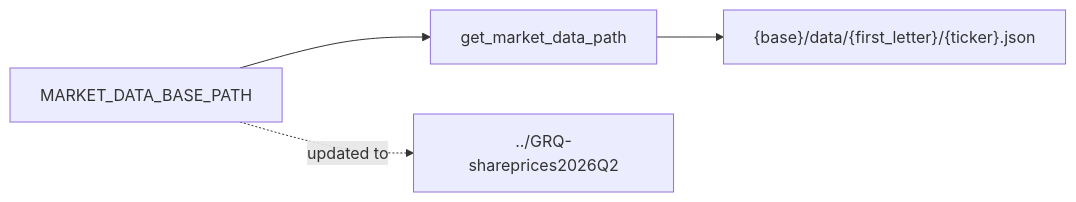
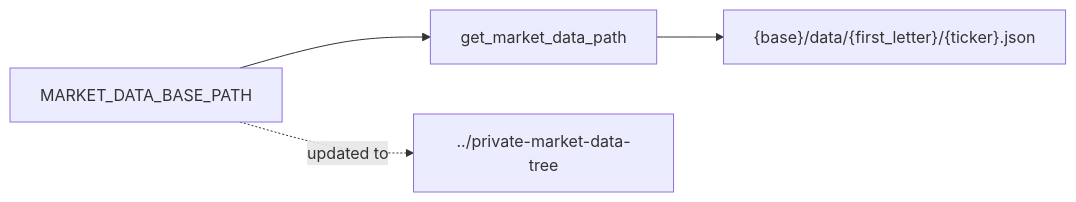
Before and after one commit to stSoftwareAU/GRQ-validation: the diagram in docs/archive/pr-summaries/pr-summary-183.md, drawn with Mermaid. The commit also changed other lines of this file and 20 other files, not shown here.

````diff
--- a/docs/archive/pr-summaries/pr-summary-183.md
+++ b/docs/archive/pr-summaries/pr-summary-183.md
@@ -16,6 +16,6 @@
 ```mermaid
 flowchart LR
     A[MARKET_DATA_BASE_PATH] --> B[get_market_data_path]
     B --> C["{base}/data/{first_letter}/{ticker}.json"]
-    A -. updated to .-> D[../GRQ-shareprices2026Q2]
+    A -. updated to .-> D[../private-market-data-tree]
 ```
````
